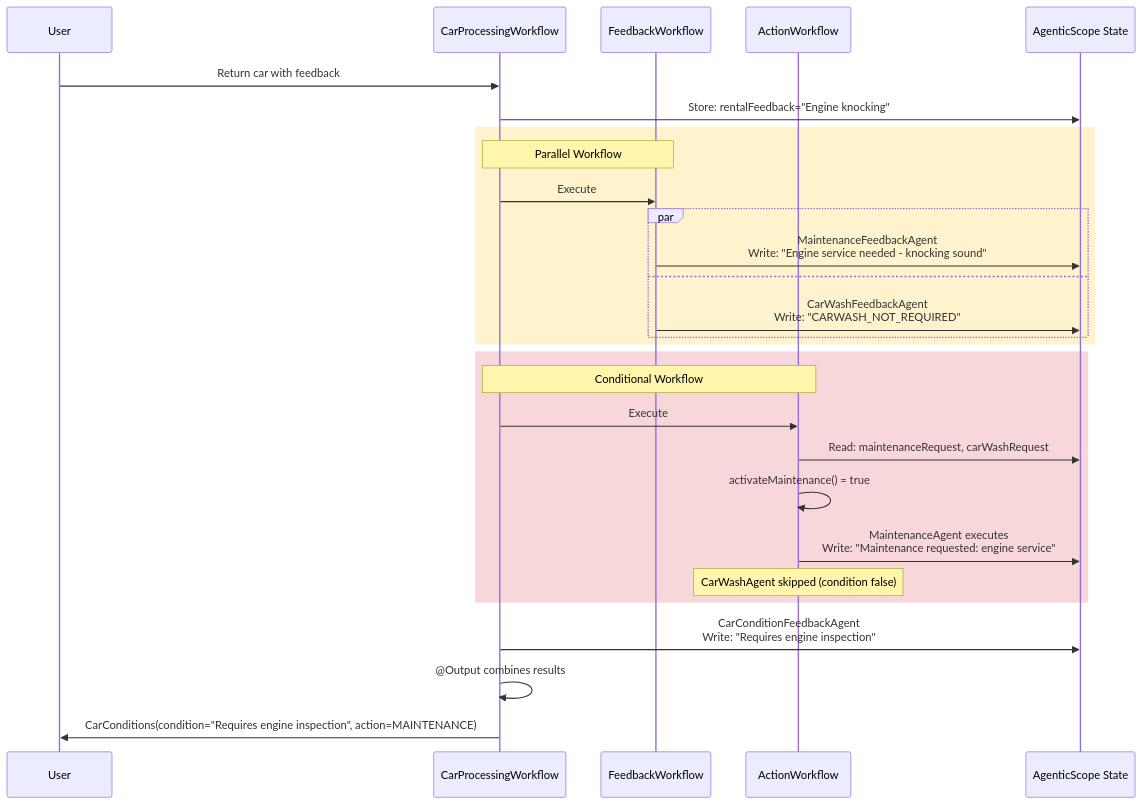
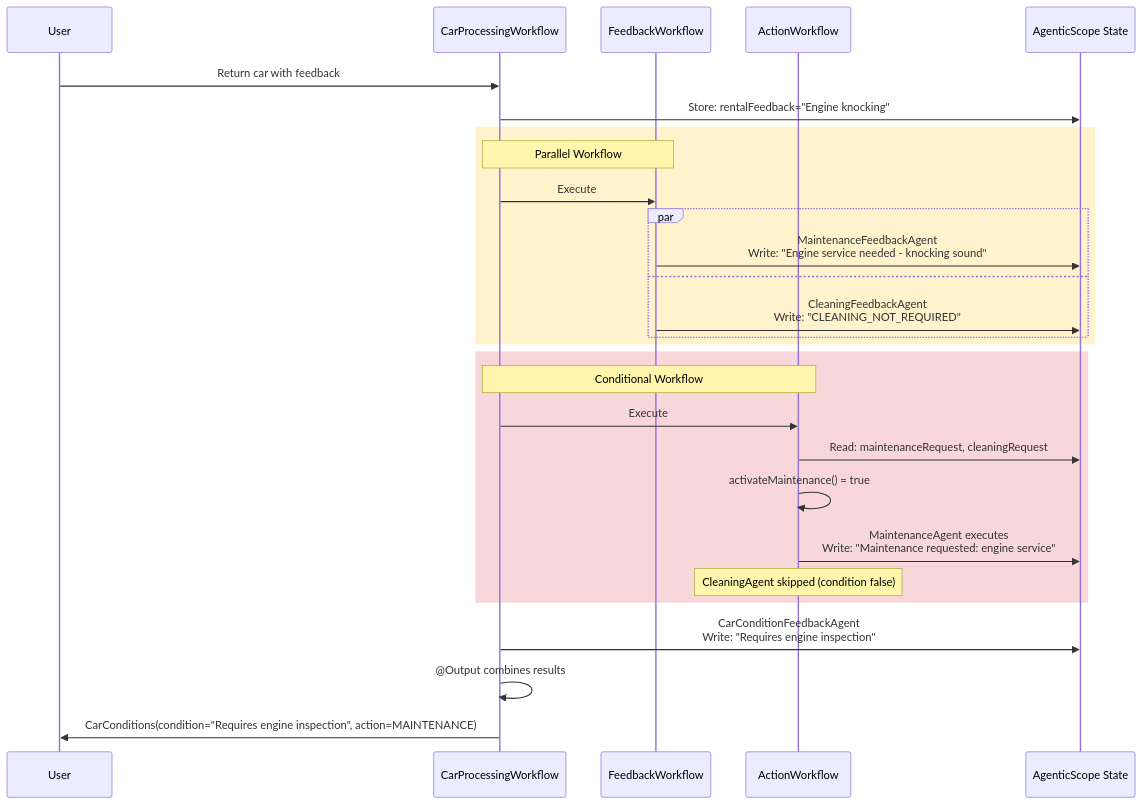
One commit to IBM/ibm-quarkus-ai-langchain4j-workshop changed the third of 3 diagrams in docs/docs/section-2/step-03.md. Above: the diagram before and after it, drawn with Mermaid. The commit also changed other lines of this file and 83 other files, not shown here.

````diff
--- a/docs/docs/section-2/step-03.md
+++ b/docs/docs/section-2/step-03.md
@@ -573,35 +559,35 @@
 ```mermaid
 sequenceDiagram
     participant User
     participant Main as CarProcessingWorkflow
     participant Feedback as FeedbackWorkflow
     participant Action as ActionWorkflow
     participant Scope as AgenticScope State
 
     User->>Main: Return car with feedback
     Main->>Scope: Store: rentalFeedback="Engine knocking"
 
     rect rgb(255, 243, 205)
     Note over Main,Feedback: Parallel Workflow
     Main->>Feedback: Execute
     par
         Feedback->>Scope: MaintenanceFeedbackAgent<br/>Write: "Engine service needed - knocking sound"
     and
-        Feedback->>Scope: CarWashFeedbackAgent<br/>Write: "CARWASH_NOT_REQUIRED"
+        Feedback->>Scope: CleaningFeedbackAgent<br/>Write: "CLEANING_NOT_REQUIRED"
     end
     end
 
     rect rgb(248, 215, 218)
     Note over Main,Action: Conditional Workflow
     Main->>Action: Execute
-    Action->>Scope: Read: maintenanceRequest, carWashRequest
+    Action->>Scope: Read: maintenanceRequest, cleaningRequest
     Action->>Action: activateMaintenance() = true
     Action->>Scope: MaintenanceAgent executes<br/>Write: "Maintenance requested: engine service"
-    Note over Action: CarWashAgent skipped (condition false)
+    Note over Action: CleaningAgent skipped (condition false)
     end
 
     Main->>Scope: CarConditionFeedbackAgent<br/>Write: "Requires engine inspection"
 
     Main->>Main: @Output combines results
     Main->>User: CarConditions(condition="Requires engine inspection", action=MAINTENANCE)
 ```
````
